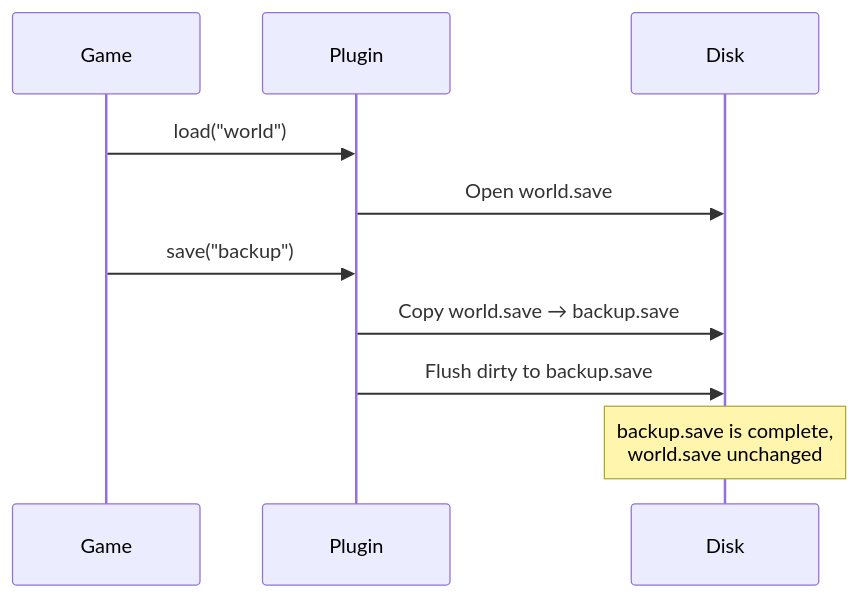
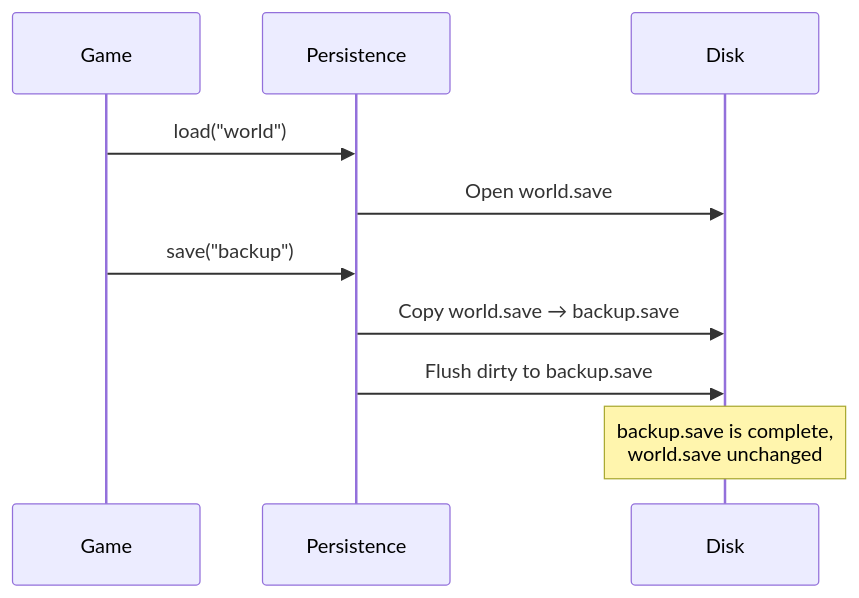
One commit to api-haus/bevy_pixel_world changed the fourth of 5 diagrams in docs/architecture/persistence/named-saves.md. Above: the diagram before and after it, drawn with Mermaid. The commit also changed other lines of this file and 37 other files, not shown here.

First line of the commit message:
docs: remove library framing, adopt game-first architecture

````diff
--- a/docs/architecture/persistence/named-saves.md
+++ b/docs/architecture/persistence/named-saves.md
@@ -112,15 +112,15 @@
 ```mermaid
 sequenceDiagram
     participant Game
-    participant Plugin
+    participant Persistence
     participant Disk
 
-    Game->>Plugin: load("world")
-    Plugin->>Disk: Open world.save
+    Game->>Persistence: load("world")
+    Persistence->>Disk: Open world.save
 
-    Game->>Plugin: save("backup")
-    Plugin->>Disk: Copy world.save → backup.save
-    Plugin->>Disk: Flush dirty to backup.save
+    Game->>Persistence: save("backup")
+    Persistence->>Disk: Copy world.save → backup.save
+    Persistence->>Disk: Flush dirty to backup.save
 
     Note over Disk: backup.save is complete,<br/>world.save unchanged
 ```
````
